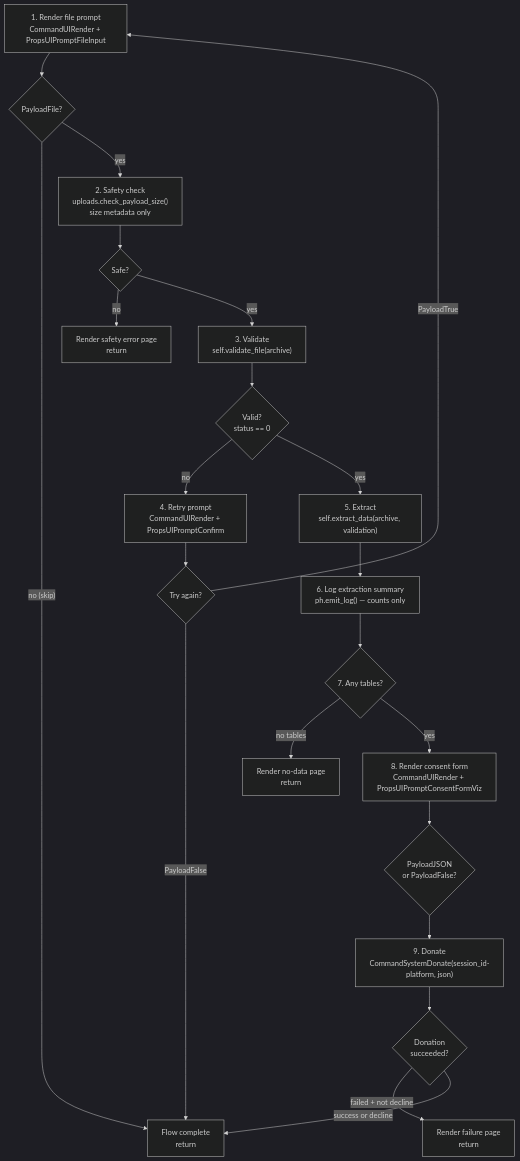
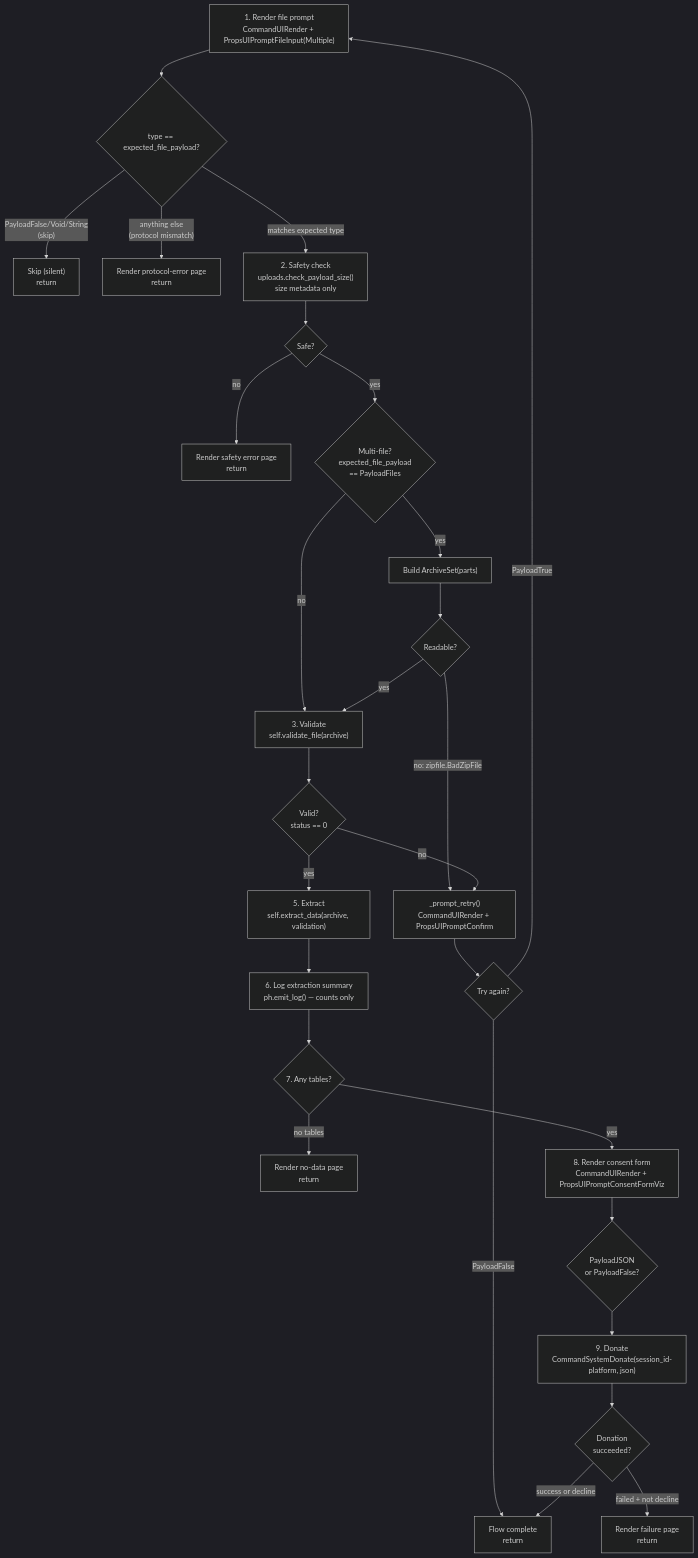
The second of 2 diagrams in doc/source/architecture/04-flowbuilder.md (d3i-infra/data-donation-task), drawn with Mermaid (dark theme) before and after one commit. The commit also changed other lines of this file and 24 other files, not shown here.

Commit message:
feat: e2etest_multifile platform, five-test multi-file e2e suite including size/count error pages, release exclusions for the new test, and an update to bring docs in line

````diff
--- a/doc/source/architecture/04-flowbuilder.md
+++ b/doc/source/architecture/04-flowbuilder.md
@@ -48,37 +52,50 @@
 ```mermaid
 flowchart TD
-    A["1. Render file prompt\nCommandUIRender + PropsUIPromptFileInput"]
-    B{"PayloadFile?"}
+    A["1. Render file prompt\nCommandUIRender + PropsUIPromptFileInput(Multiple)"]
+    B{"type == expected_file_payload?"}
+    SK["Skip (silent)\nreturn"]
+    PE["Render protocol-error page\nreturn"]
     D["2. Safety check\nuploads.check_payload_size()\nsize metadata only"]
     E{"Safe?"}
     F["Render safety error page\nreturn"]
+    MX{"Multi-file?\nexpected_file_payload\n== PayloadFiles"}
+    ASB["Build ArchiveSet(parts)"]
+    ASOK{"Readable?"}
+    RT["_prompt_retry()\nCommandUIRender + PropsUIPromptConfirm"]
     G["3. Validate\nself.validate_file(archive)"]
     H{"Valid?\nstatus == 0"}
-    I["4. Retry prompt\nCommandUIRender + PropsUIPromptConfirm"]
     J{"Try again?"}
     K["5. Extract\nself.extract_data(archive, validation)"]
     L["6. Log extraction summary\nph.emit_log() — counts only"]
     M{"7. Any tables?"}
     N["Render no-data page\nreturn"]
     O["8. Render consent form\nCommandUIRender + PropsUIPromptConsentFormViz"]
     P{"PayloadJSON\nor PayloadFalse?"}
     Q["9. Donate\nCommandSystemDonate(session_id-platform, json)"]
     R{"Donation\nsucceeded?"}
     S["Render failure page\nreturn"]
     T["Flow complete\nreturn"]
 
     A --> B
-    B -- "no (skip)" --> T
-    B -- "yes" --> D --> E
+    B -- "PayloadFalse/Void/String\n(skip)" --> SK
+    B -- "matches expected type" --> D
+    B -- "anything else\n(protocol mismatch)" --> PE
+    D --> E
     E -- "no" --> F
-    E -- "yes" --> G --> H
-    H -- "no" --> I --> J
+    E -- "yes" --> MX
+    MX -- "no" --> G
+    MX -- "yes" --> ASB --> ASOK
+    ASOK -- "no: zipfile.BadZipFile" --> RT
+    ASOK -- "yes" --> G
+    G --> H
+    H -- "no" --> RT
+    RT --> J
     J -- "PayloadTrue" --> A
     J -- "PayloadFalse" --> T
     H -- "yes" --> K --> L --> M
     M -- "no tables" --> N
     M -- "yes" --> O --> P
     P --> Q --> R
     R -- "failed + not decline" --> S
     R -- "success or decline" --> T
 ```
````
